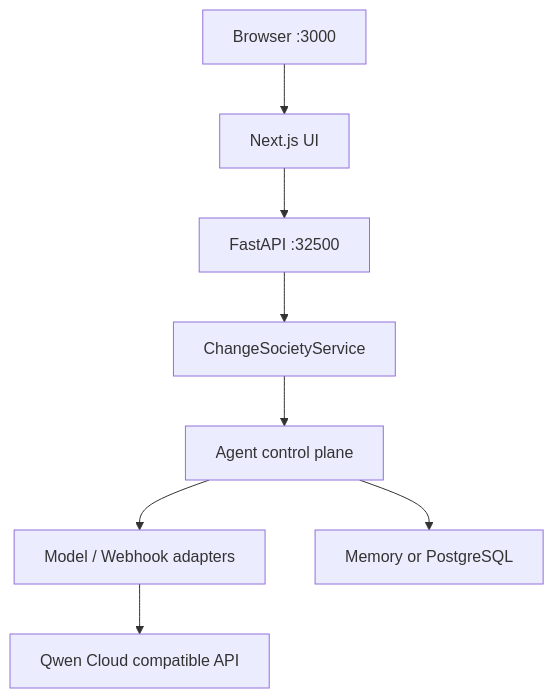
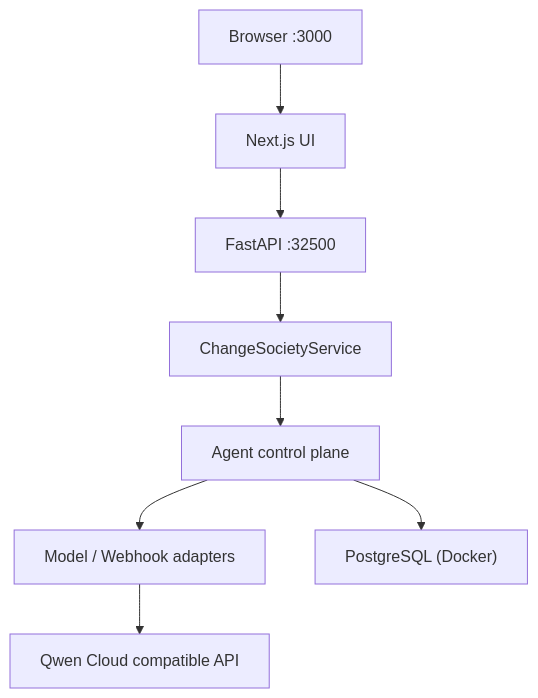
One commit to Sepideh-Asadollahi/AgentCore-Hackathon changed the second of 2 diagrams in README.md. Above: the diagram before and after it, drawn with Mermaid. The commit also changed other lines of this file and 25 other files, not shown here.

````diff
--- a/README.md
+++ b/README.md
@@ -104,10 +153,10 @@
 ```mermaid
 flowchart TB
   Browser["Browser :3000"] --> Next["Next.js UI"]
   Next --> API["FastAPI :32500"]
   API --> SVC["ChangeSocietyService"]
   SVC --> CP["Agent control plane"]
   CP --> ADP["Model / Webhook adapters"]
   ADP --> QW["Qwen Cloud compatible API"]
-  CP --> Store["Memory or PostgreSQL"]
+  CP --> Store["PostgreSQL (Docker)"]
 ```
````
